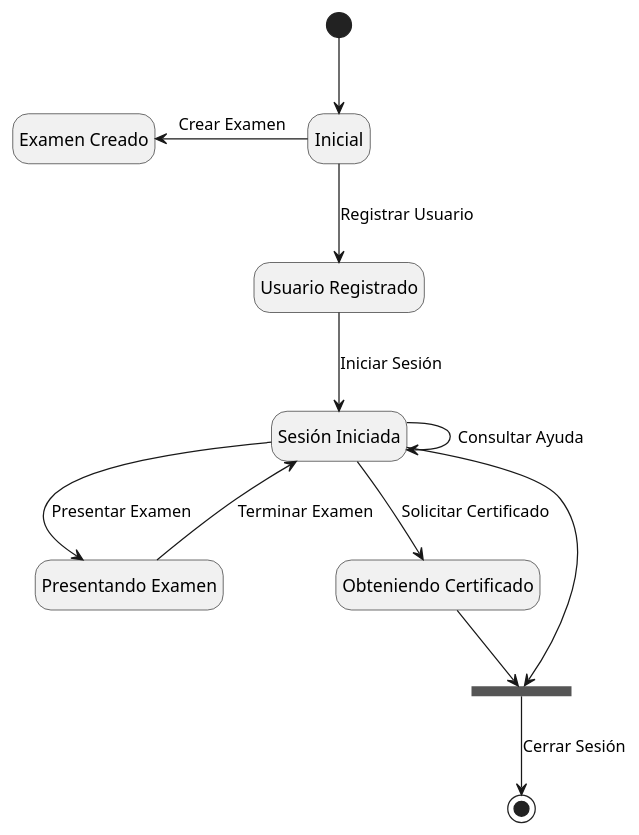
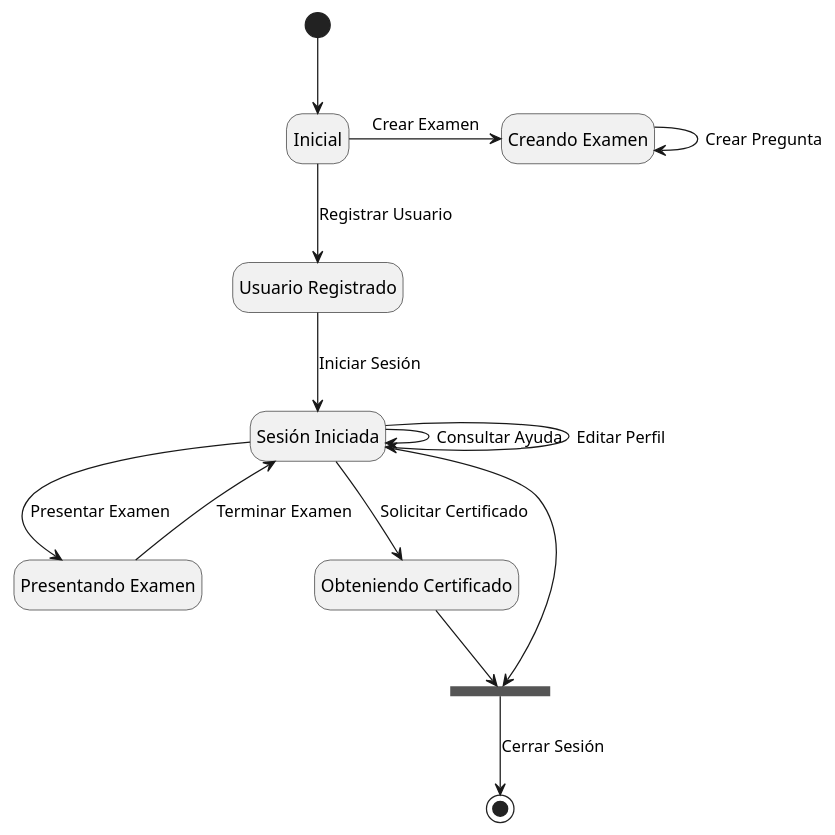
Before and after one commit to TheSProyect/Proyecto-IS-Grupo-1: the diagram in docs/scenariosView/UseCaseStateDiagram.plantuml, drawn with PlantUML. The commit also changed 5 other files, not shown here.

```diff
--- a/docs/scenariosView/UseCaseStateDiagram.plantuml
+++ b/docs/scenariosView/UseCaseStateDiagram.plantuml
@@ -1,32 +1,33 @@
 @startuml
 hide empty description
 
 state "Inicial" as state1
-state "Examen Creado" as state2
+state "Creando Examen" as state2
 state "Usuario Registrado" as state3
 state "Sesión Iniciada" as state4
 state "Presentando Examen" as state7
 state "Obteniendo Certificado" as state8
 state state9 <<join>>
 
 [*] --> state1
 
-state1 -l-> state2 : Crear Examen
-
+state1 -r-> state2 : Crear Examen
+state2 -r-> state2 : Crear Pregunta
 state1 --> state3 : Registrar Usuario
 
 state3 --> state4 : Iniciar Sesión
 
 state4 --> state4 : Consultar Ayuda
+state4 --> state4 : Editar Perfil
 
 state4 --> state7 : Presentar Examen
-state7 --> state4 : Terminar Examen 
+state7 --> state4 : Terminar Examen
 
 state4 --> state8 : Solicitar Certificado
 
 state4 --> state9
 state8 --> state9
 
 state9 --> [*] : Cerrar Sesión
 
 @enduml
```
